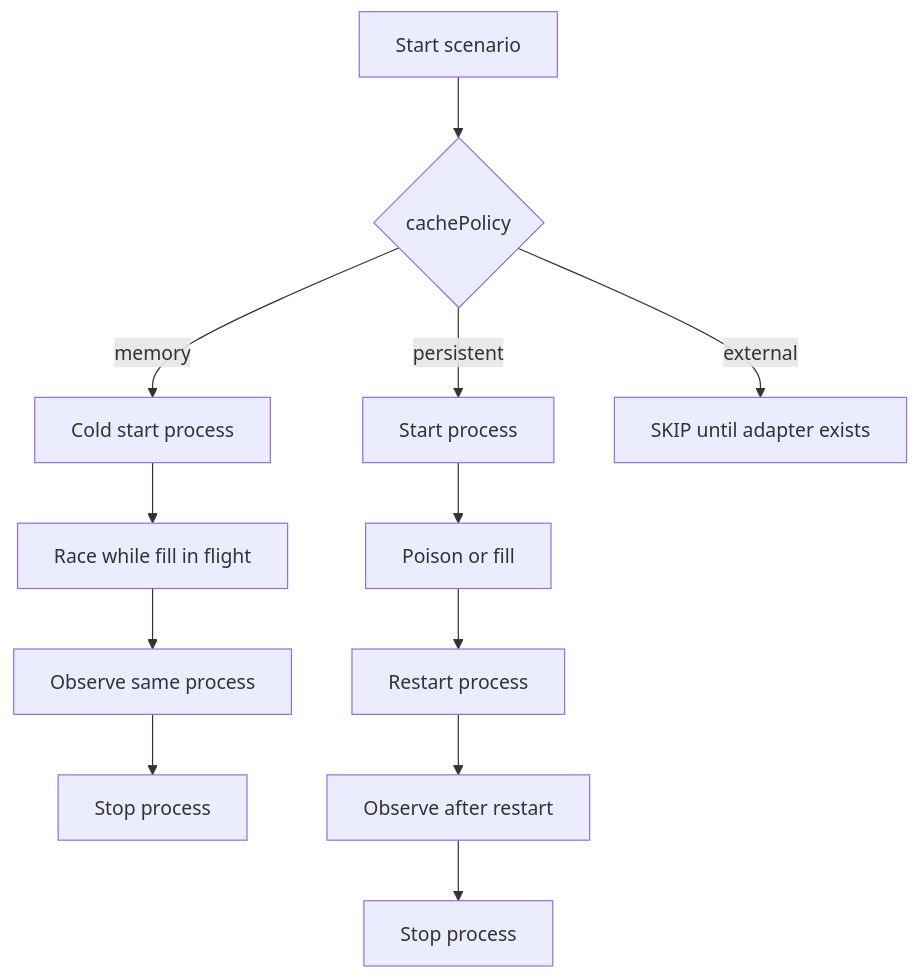
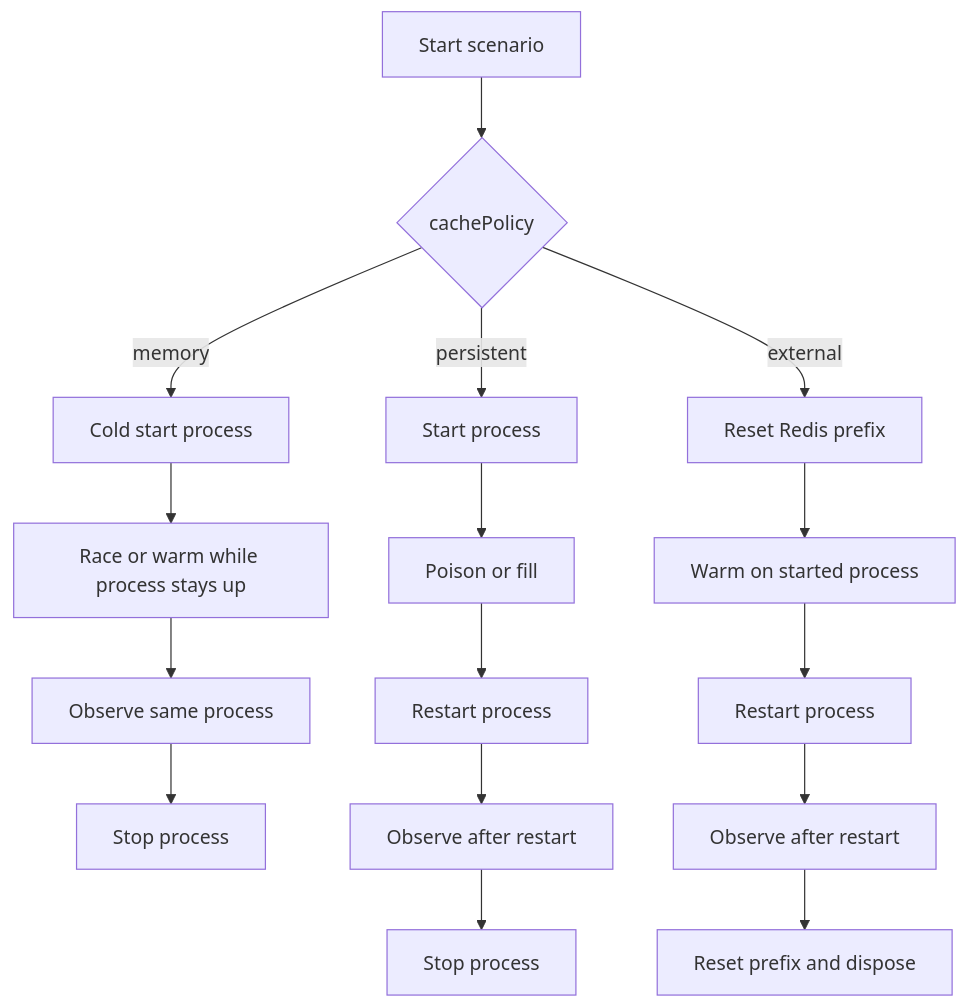
Before and after one commit to fernandogbs/next-cache-isolation: the second of 3 diagrams in docs/architecture/system-overview.md, drawn with Mermaid. The commit also changed other lines of this file and 32 other files, not shown here.

First line of the commit message:
Add external Redis policy, Flight oracle, inline YAML, and tenant-swap.

````diff
--- a/docs/architecture/system-overview.md
+++ b/docs/architecture/system-overview.md
@@ -37,17 +40,21 @@
 ```mermaid
 flowchart TD
   Start[Start scenario]
   Start --> Policy{cachePolicy}
   Policy -->|memory| MemCold[Cold start process]
-  MemCold --> Race[Race while fill in flight]
+  MemCold --> Race[Race or warm while process stays up]
   Race --> ObserveSame[Observe same process]
   ObserveSame --> Done[Stop process]
 
   Policy -->|persistent| PersistSetup[Start process]
   PersistSetup --> Poison[Poison or fill]
   Poison --> Restart[Restart process]
   Restart --> ObserveAfter[Observe after restart]
   ObserveAfter --> DonePersist[Stop process]
 
-  Policy -->|external| SkipExt[SKIP until adapter exists]
+  Policy -->|external| ExtReset[Reset Redis prefix]
+  ExtReset --> ExtWarm[Warm on started process]
+  ExtWarm --> ExtRestart[Restart process]
+  ExtRestart --> ExtObserve[Observe after restart]
+  ExtObserve --> ExtCleanup[Reset prefix and dispose]
 ```
````
